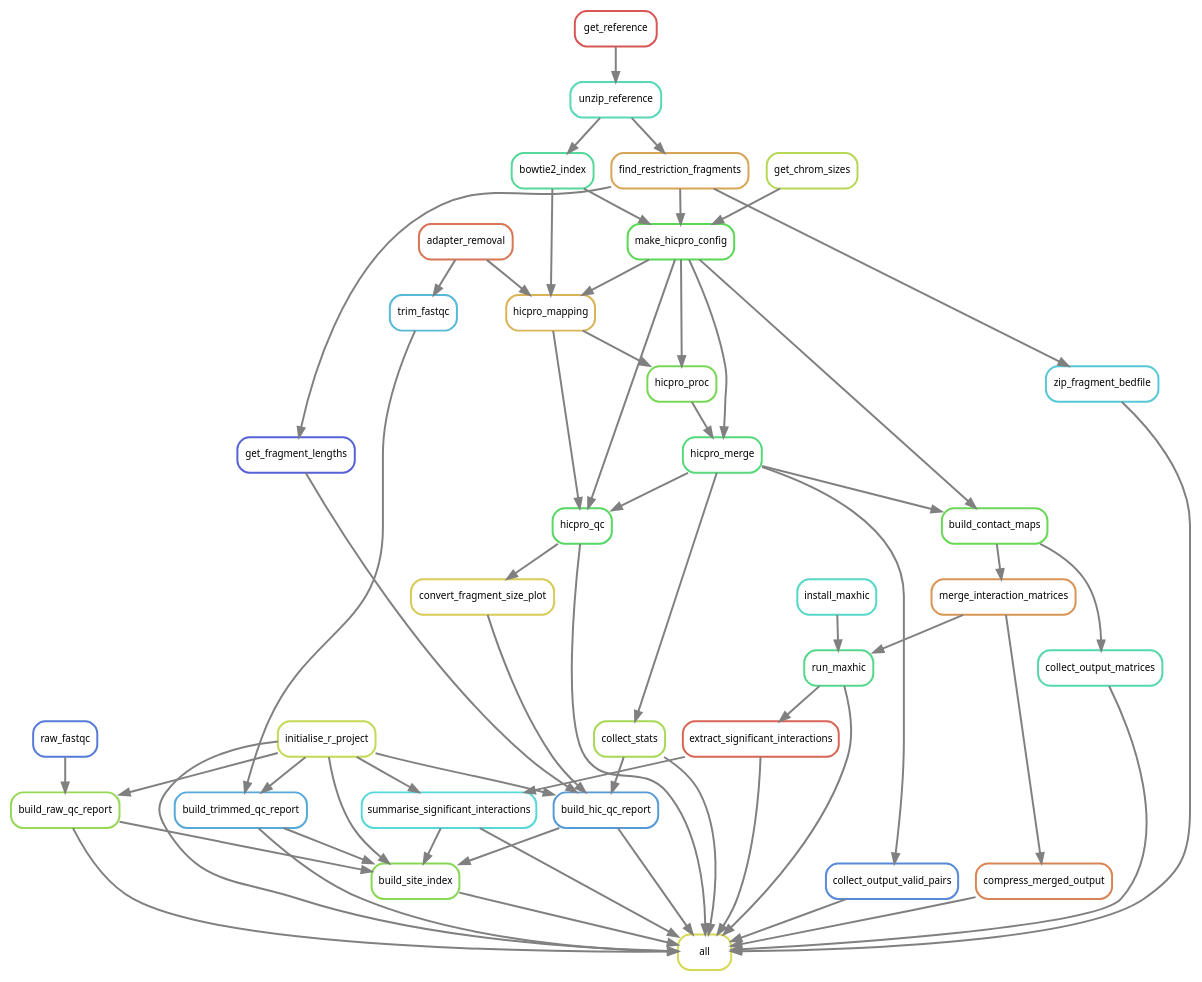
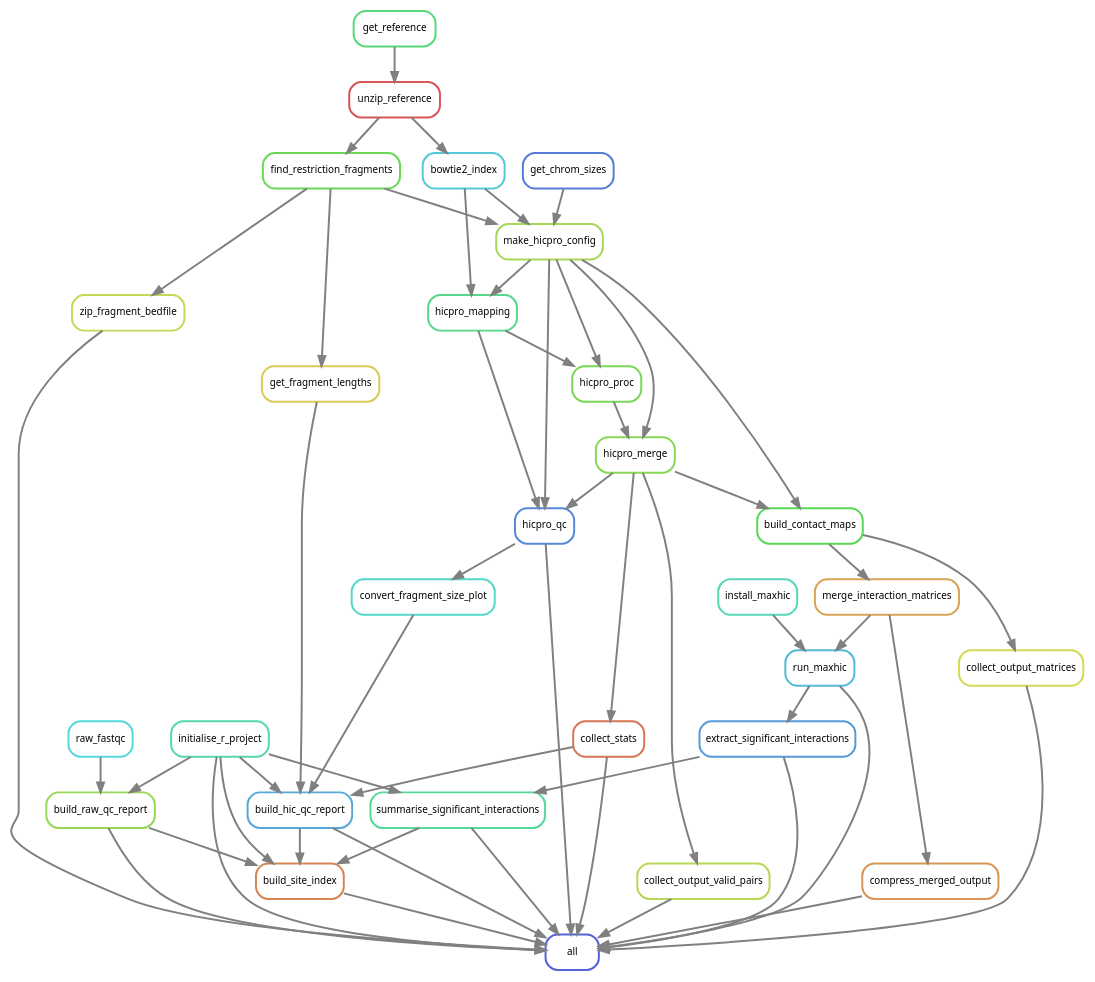
The diagram in rules/rulegraph.dot (DRMCRL/MDA-MB-453-H3K27Ac-HiChIP), drawn with Graphviz before and after one commit. The commit also changed 2 other files, not shown here.

Commit message:
Removed trimming from final site yaml

```diff
--- a/rules/rulegraph.dot
+++ b/rules/rulegraph.dot
@@ -1,96 +1,87 @@
 digraph snakemake_dag {
     graph[bgcolor=white, margin=0];
     node[shape=box, style=rounded, fontname=sans,                 fontsize=10, penwidth=2];
     edge[penwidth=2, color=grey];
-	0[label = "all", color = "0.17 0.6 0.85", style="rounded"];
-	1[label = "zip_fragment_bedfile", color = "0.52 0.6 0.85", style="rounded"];
-	2[label = "find_restriction_fragments", color = "0.10 0.6 0.85", style="rounded"];
-	3[label = "unzip_reference", color = "0.46 0.6 0.85", style="rounded"];
-	4[label = "get_reference", color = "0.00 0.6 0.85", style="rounded"];
-	5[label = "compress_merged_output", color = "0.06 0.6 0.85", style="rounded"];
-	6[label = "merge_interaction_matrices", color = "0.08 0.6 0.85", style="rounded"];
-	7[label = "build_contact_maps", color = "0.31 0.6 0.85", style="rounded"];
-	8[label = "make_hicpro_config", color = "0.33 0.6 0.85", style="rounded"];
-	9[label = "bowtie2_index", color = "0.42 0.6 0.85", style="rounded"];
-	10[label = "get_chrom_sizes", color = "0.21 0.6 0.85", style="rounded"];
-	11[label = "hicpro_merge", color = "0.38 0.6 0.85", style="rounded"];
+	0[label = "all", color = "0.65 0.6 0.85", style="rounded"];
+	1[label = "zip_fragment_bedfile", color = "0.19 0.6 0.85", style="rounded"];
+	2[label = "find_restriction_fragments", color = "0.31 0.6 0.85", style="rounded"];
+	3[label = "unzip_reference", color = "0.00 0.6 0.85", style="rounded"];
+	4[label = "get_reference", color = "0.38 0.6 0.85", style="rounded"];
+	5[label = "compress_merged_output", color = "0.08 0.6 0.85", style="rounded"];
+	6[label = "merge_interaction_matrices", color = "0.10 0.6 0.85", style="rounded"];
+	7[label = "build_contact_maps", color = "0.33 0.6 0.85", style="rounded"];
+	8[label = "make_hicpro_config", color = "0.23 0.6 0.85", style="rounded"];
+	9[label = "bowtie2_index", color = "0.52 0.6 0.85", style="rounded"];
+	10[label = "get_chrom_sizes", color = "0.62 0.6 0.85", style="rounded"];
+	11[label = "hicpro_merge", color = "0.27 0.6 0.85", style="rounded"];
 	12[label = "hicpro_proc", color = "0.29 0.6 0.85", style="rounded"];
-	13[label = "hicpro_mapping", color = "0.12 0.6 0.85", style="rounded"];
-	14[label = "adapter_removal", color = "0.04 0.6 0.85", style="rounded"];
-	15[label = "collect_output_valid_pairs", color = "0.60 0.6 0.85", style="rounded"];
-	16[label = "collect_output_matrices", color = "0.44 0.6 0.85", style="rounded"];
-	17[label = "collect_stats", color = "0.23 0.6 0.85", style="rounded"];
-	18[label = "hicpro_qc", color = "0.35 0.6 0.85", style="rounded"];
-	19[label = "run_maxhic", color = "0.40 0.6 0.85", style="rounded"];
-	20[label = "install_maxhic", color = "0.48 0.6 0.85", style="rounded"];
-	21[label = "extract_significant_interactions", color = "0.02 0.6 0.85", style="rounded"];
-	22[label = "initialise_r_project", color = "0.19 0.6 0.85", style="rounded"];
-	23[label = "build_site_index", color = "0.27 0.6 0.85", style="rounded"];
-	24[label = "build_raw_qc_report", color = "0.25 0.6 0.85", style="rounded"];
-	25[label = "raw_fastqc", color = "0.62 0.6 0.85", style="rounded"];
-	26[label = "build_trimmed_qc_report", color = "0.56 0.6 0.85", style="rounded"];
-	27[label = "trim_fastqc", color = "0.54 0.6 0.85", style="rounded"];
-	28[label = "build_hic_qc_report", color = "0.58 0.6 0.85", style="rounded"];
-	29[label = "get_fragment_lengths", color = "0.65 0.6 0.85", style="rounded"];
-	30[label = "convert_fragment_size_plot", color = "0.15 0.6 0.85", style="rounded"];
-	31[label = "summarise_significant_interactions", color = "0.50 0.6 0.85", style="rounded"];
-	18 -> 0
+	13[label = "hicpro_mapping", color = "0.40 0.6 0.85", style="rounded"];
+	14[label = "collect_output_valid_pairs", color = "0.21 0.6 0.85", style="rounded"];
+	15[label = "collect_output_matrices", color = "0.17 0.6 0.85", style="rounded"];
+	16[label = "collect_stats", color = "0.04 0.6 0.85", style="rounded"];
+	17[label = "hicpro_qc", color = "0.60 0.6 0.85", style="rounded"];
+	18[label = "run_maxhic", color = "0.54 0.6 0.85", style="rounded"];
+	19[label = "install_maxhic", color = "0.46 0.6 0.85", style="rounded"];
+	20[label = "extract_significant_interactions", color = "0.58 0.6 0.85", style="rounded"];
+	21[label = "initialise_r_project", color = "0.44 0.6 0.85", style="rounded"];
+	22[label = "build_site_index", color = "0.06 0.6 0.85", style="rounded"];
+	23[label = "build_raw_qc_report", color = "0.25 0.6 0.85", style="rounded"];
+	24[label = "raw_fastqc", color = "0.50 0.6 0.85", style="rounded"];
+	25[label = "build_hic_qc_report", color = "0.56 0.6 0.85", style="rounded"];
+	26[label = "get_fragment_lengths", color = "0.15 0.6 0.85", style="rounded"];
+	27[label = "convert_fragment_size_plot", color = "0.48 0.6 0.85", style="rounded"];
+	28[label = "summarise_significant_interactions", color = "0.42 0.6 0.85", style="rounded"];
+	15 -> 0
+	28 -> 0
+	16 -> 0
+	1 -> 0
 	21 -> 0
 	22 -> 0
+	14 -> 0
 	5 -> 0
-	31 -> 0
+	18 -> 0
+	23 -> 0
+	25 -> 0
+	20 -> 0
 	17 -> 0
-	1 -> 0
-	19 -> 0
-	26 -> 0
-	24 -> 0
-	28 -> 0
-	16 -> 0
-	15 -> 0
-	23 -> 0
 	2 -> 1
 	3 -> 2
 	4 -> 3
 	6 -> 5
 	7 -> 6
+	8 -> 7
 	11 -> 7
-	8 -> 7
 	10 -> 8
 	9 -> 8
 	2 -> 8
 	3 -> 9
+	8 -> 11
 	12 -> 11
-	8 -> 11
+	8 -> 12
 	13 -> 12
-	8 -> 12
+	8 -> 13
 	9 -> 13
-	8 -> 13
-	14 -> 13
-	11 -> 15
-	7 -> 16
+	11 -> 14
+	7 -> 15
+	11 -> 16
+	8 -> 17
+	13 -> 17
 	11 -> 17
-	11 -> 18
-	13 -> 18
-	8 -> 18
-	20 -> 19
-	6 -> 19
-	19 -> 21
-	22 -> 23
-	31 -> 23
-	26 -> 23
+	19 -> 18
+	6 -> 18
+	18 -> 20
+	25 -> 22
+	23 -> 22
+	21 -> 22
+	28 -> 22
 	24 -> 23
-	28 -> 23
-	25 -> 24
-	22 -> 24
-	27 -> 26
-	22 -> 26
-	14 -> 27
-	30 -> 28
-	17 -> 28
-	22 -> 28
-	29 -> 28
-	2 -> 29
-	18 -> 30
-	21 -> 31
-	22 -> 31
+	21 -> 23
+	16 -> 25
+	26 -> 25
+	21 -> 25
+	27 -> 25
+	2 -> 26
+	17 -> 27
+	20 -> 28
+	21 -> 28
 }            
```
